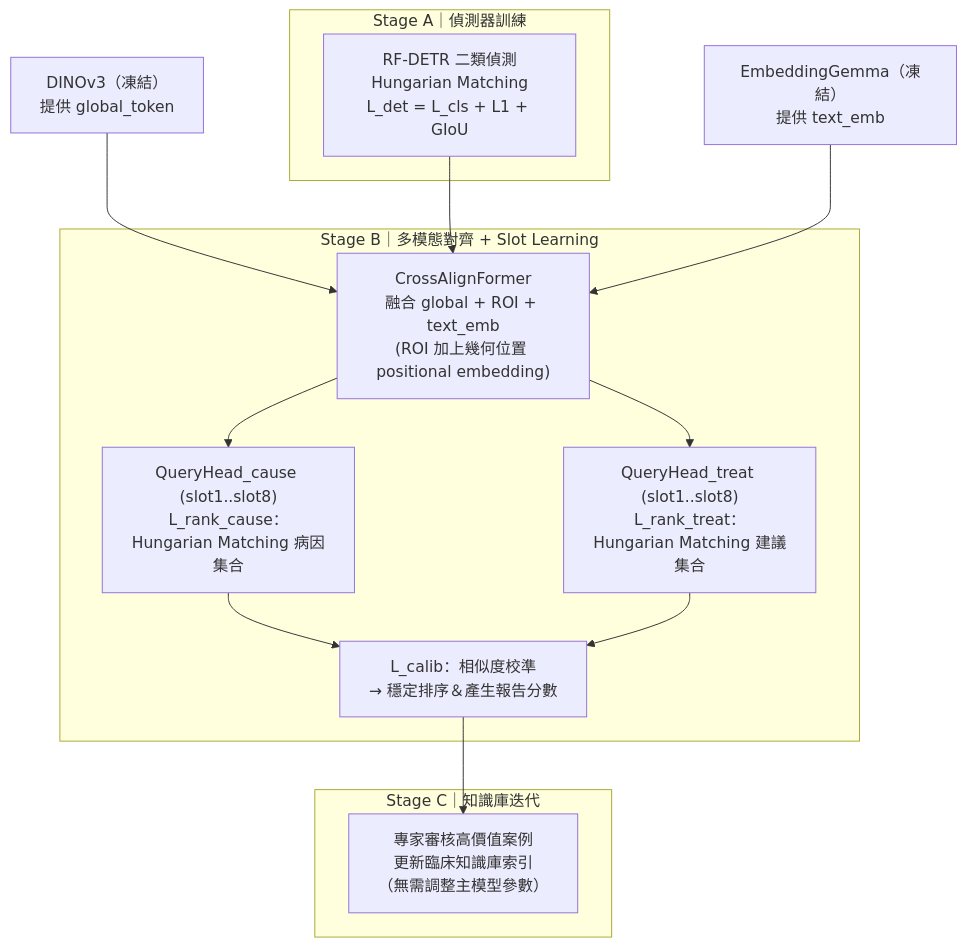
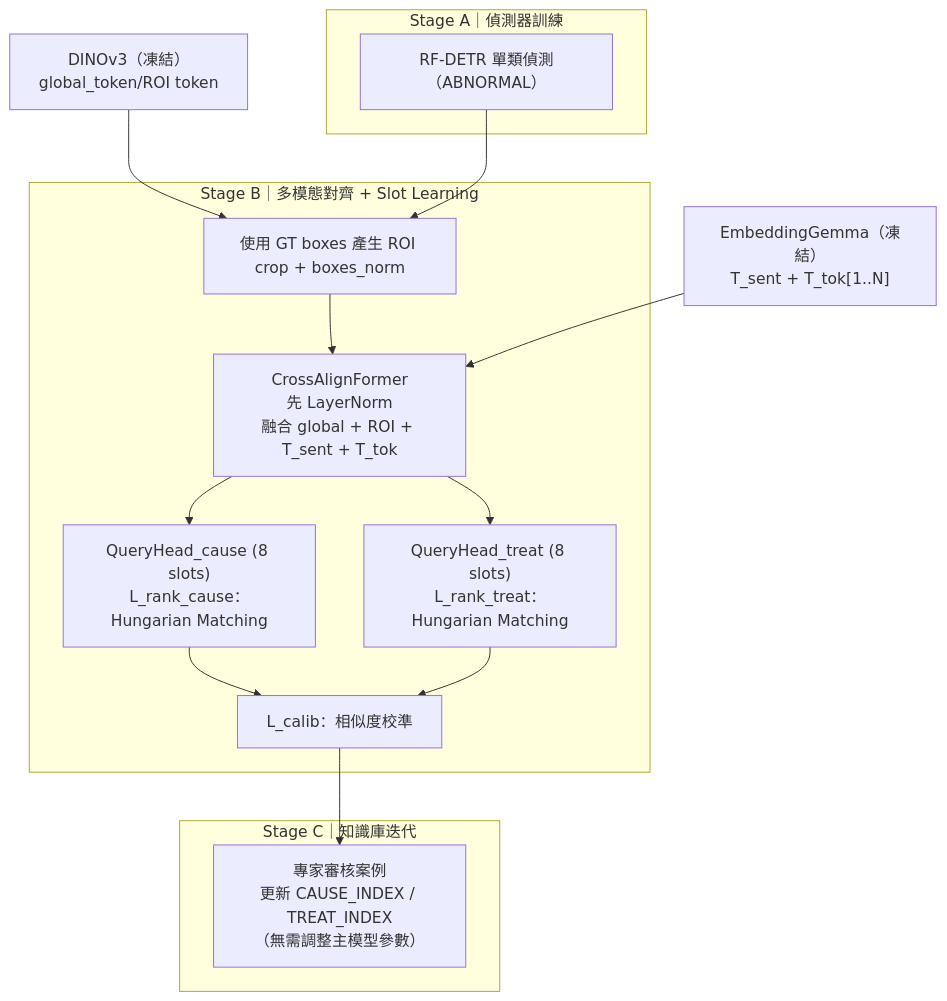
One commit to yesaouo/fish_disease_system changed the second of 2 diagrams in diagnosis_model/魚病多模態診斷系統：架構整理.md. Above: the diagram before and after it, drawn with Mermaid. The commit also changed other lines of this file, not shown here.

Commit message:
docs: update architecture

````diff
--- a/diagnosis_model/魚病多模態診斷系統：架構整理.md
+++ b/diagnosis_model/魚病多模態診斷系統：架構整理.md
@@ -679,29 +623,31 @@
 ```mermaid
 flowchart TD
-  subgraph Stage_A["<nobr>Stage A｜偵測器訓練</nobr>"]
-    A1["RF-DETR 二類偵測<br/>Hungarian Matching<br/>L_det = L_cls + L1 + GIoU"]
+  subgraph Stage_A["Stage A｜偵測器訓練"]
+    A1["RF-DETR 單類偵測（ABNORMAL）"]
   end
 
-    A2["DINOv3（凍結）<br/>提供 global_token"]
-    A3["EmbeddingGemma（凍結）<br/>提供 text_emb"]
+  A2["DINOv3（凍結）<br/>global_token/ROI token"]
+  A3["EmbeddingGemma（凍結）<br/>T_sent + T_tok[1..N]"]
 
-  subgraph Stage_B["<nobr>Stage B｜多模態對齊 + Slot Learning</nobr>"]
-    B1["CrossAlignFormer<br/>融合 global + ROI + text_emb<br/>(ROI 加上幾何位置 positional embedding)"]
-    B2["QueryHead_cause (slot1..slot8)<br/>L_rank_cause：Hungarian Matching 病因集合"]
-    B3["QueryHead_treat (slot1..slot8)<br/>L_rank_treat：Hungarian Matching 建議集合"]
-    B4["L_calib：相似度校準<br/>→ 穩定排序＆產生報告分數"]
+  subgraph Stage_B["Stage B｜多模態對齊 + Slot Learning"]
+    B0["使用 GT boxes 產生 ROI crop + boxes_norm"]
+    B1["CrossAlignFormer<br/>先 LayerNorm<br/>融合 global + ROI + T_sent + T_tok"]
+    B2["QueryHead_cause (8 slots)<br/>L_rank_cause：Hungarian Matching"]
+    B3["QueryHead_treat (8 slots)<br/>L_rank_treat：Hungarian Matching"]
+    B4["L_calib：相似度校準"]
+    B0 --> B1
     B1 --> B2
     B1 --> B3
     B2 --> B4
     B3 --> B4
   end
 
-  subgraph Stage_C["<nobr>Stage C｜知識庫迭代</nobr>"]
-    C1["專家審核高價值案例<br/>更新臨床知識庫索引<br/>（無需調整主模型參數）"]
+  subgraph Stage_C["Stage C｜知識庫迭代"]
+    C1["專家審核案例<br/>更新 CAUSE_INDEX / TREAT_INDEX<br/>（無需調整主模型參數）"]
   end
 
-  A2 --> B1
-  A1 --> B1
+  A2 --> B0
   A3 --> B1
+  A1 --> B0
   B4 --> C1
 ```
````
